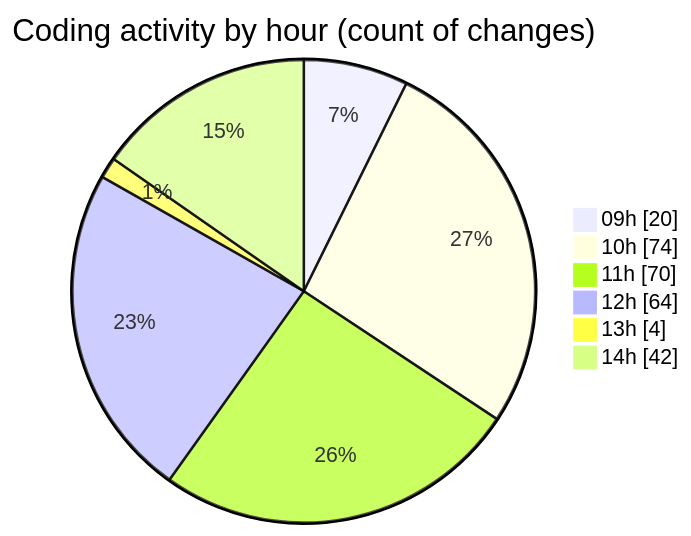
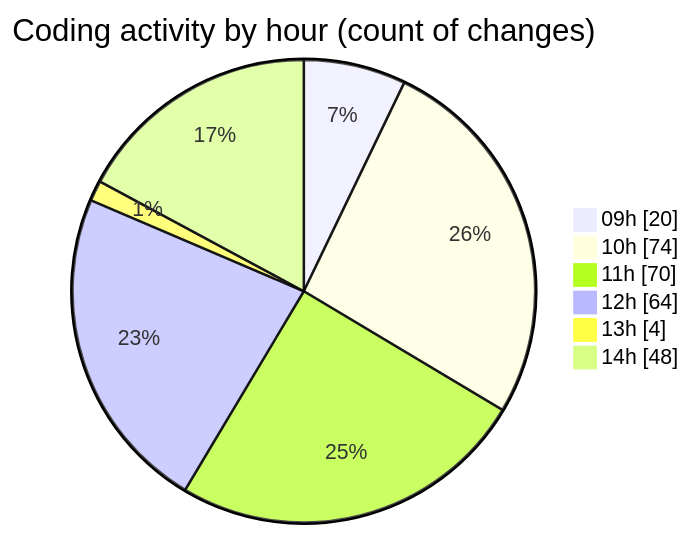
Before and after one commit to CELIANVF/code-tracking: the second of 2 diagrams in 2025-06-06/ecodeli-1/README.md, drawn with Mermaid. The commit also changed other lines of this file and 1 other file, not shown here.

````diff
--- a/2025-06-06/ecodeli-1/README.md
+++ b/2025-06-06/ecodeli-1/README.md
@@ -105,10 +105,10 @@
 ```mermaid
 pie showData
 title Coding activity by hour (count of changes)
 "09h" : 20
 "10h" : 74
 "11h" : 70
 "12h" : 64
 "13h" : 4
-"14h" : 42
+"14h" : 48
 ```
````
